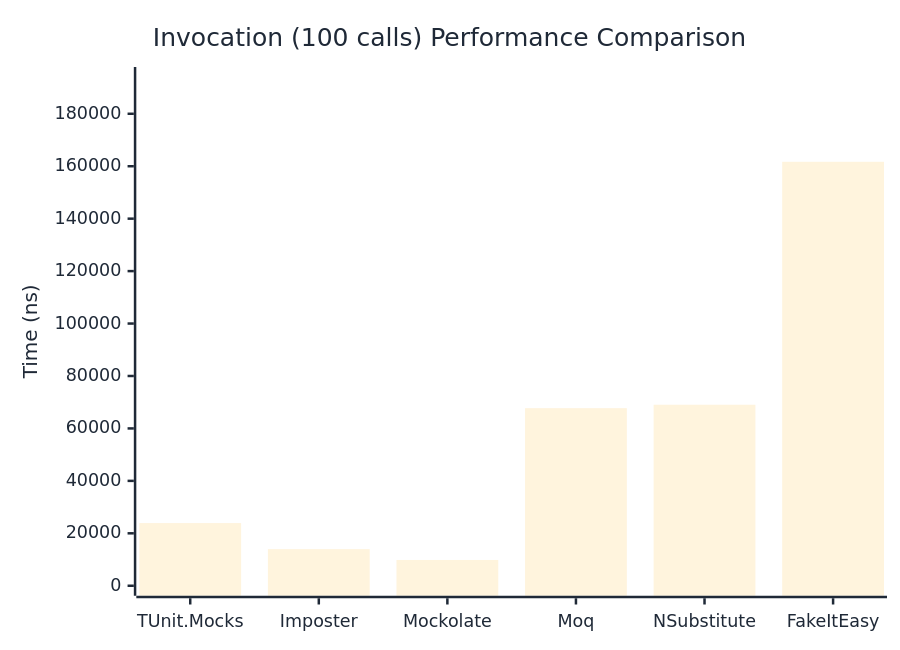
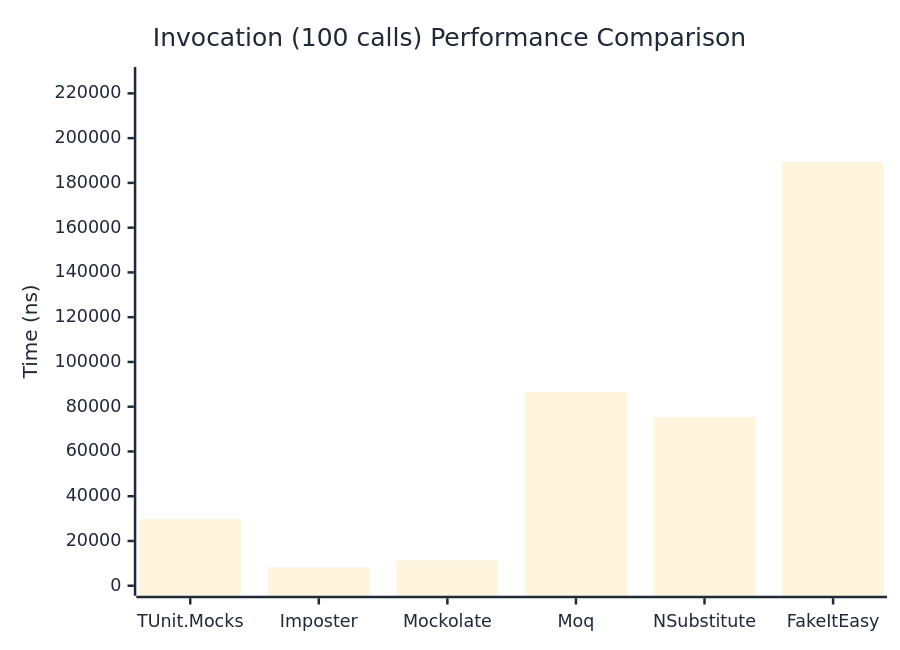
One commit to thomhurst/TUnit changed the third of 3 diagrams in docs/docs/benchmarks/mocks/Invocation.md. Above: the diagram before and after it, drawn with Mermaid. The commit also changed other lines of this file and 14 other files, not shown here.

````diff
--- a/docs/docs/benchmarks/mocks/Invocation.md
+++ b/docs/docs/benchmarks/mocks/Invocation.md
@@ -112,27 +112,27 @@
 ```mermaid
 %%{init: {
   'theme':'base',
   'themeVariables': {
     'primaryColor': '#2563eb',
     'primaryTextColor': '#1f2937',
     'primaryBorderColor': '#1e40af',
     'lineColor': '#6b7280',
     'secondaryColor': '#7c3aed',
     'tertiaryColor': '#dc2626',
     'background': '#ffffff',
     'pie1': '#2563eb',
     'pie2': '#7c3aed',
     'pie3': '#dc2626',
     'pie4': '#f59e0b',
     'pie5': '#10b981',
     'pie6': '#06b6d4',
     'pie7': '#ec4899',
     'pie8': '#6366f1'
   }
 }}%%
 xychart-beta
   title "Invocation (100 calls) Performance Comparison"
   x-axis ["TUnit.Mocks", "Imposter", "Mockolate", "Moq", "NSubstitute", "FakeItEasy"]
-  y-axis "Time (ns)" 0 --> 194027
-  bar [23908.41, 13966.59, 9831.91, 67726.14, 69037.21, 161688.92]
+  y-axis "Time (ns)" 0 --> 227318
+  bar [29700.6, 8205.97, 11368.56, 86487.32, 75380.17, 189431.03]
 ```
````
